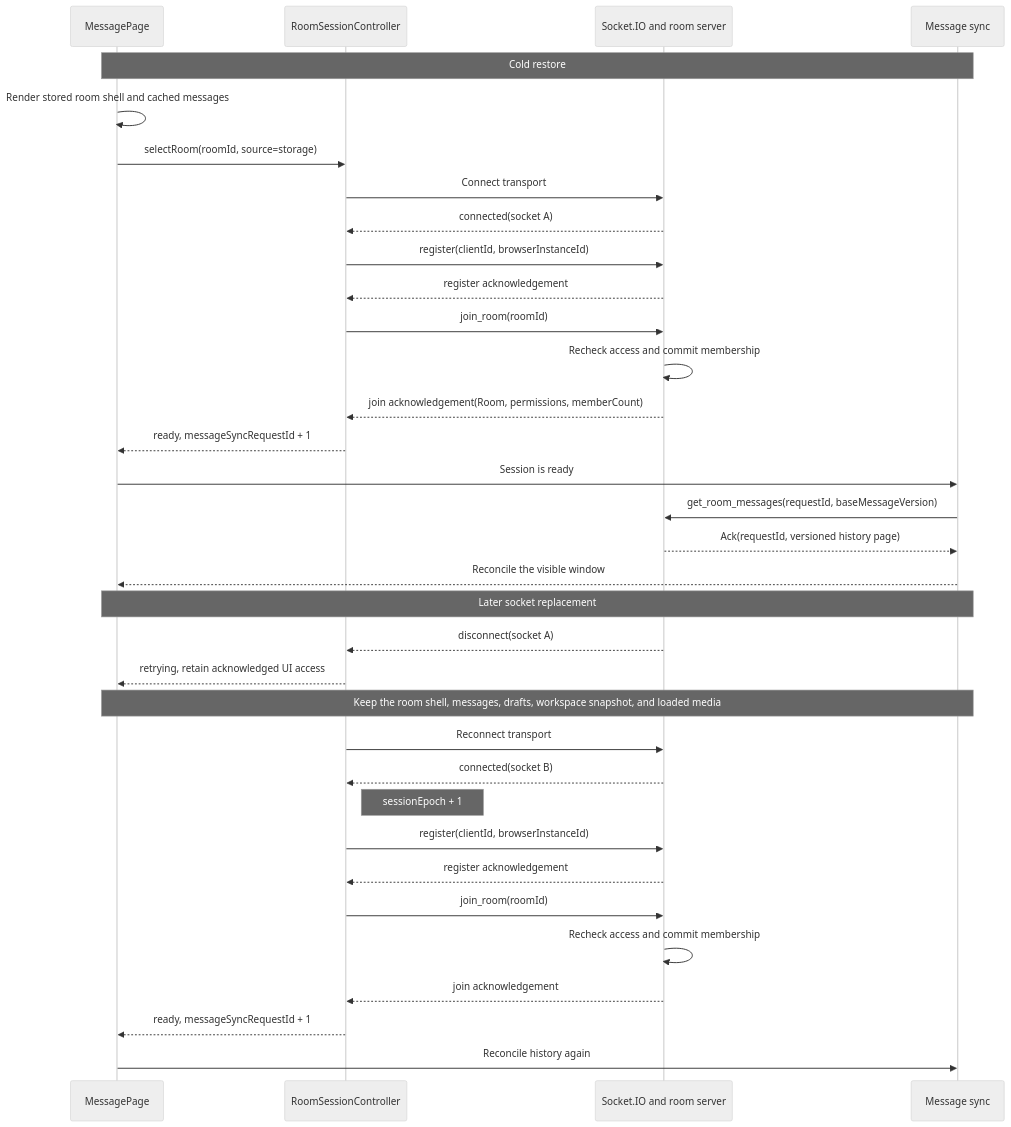
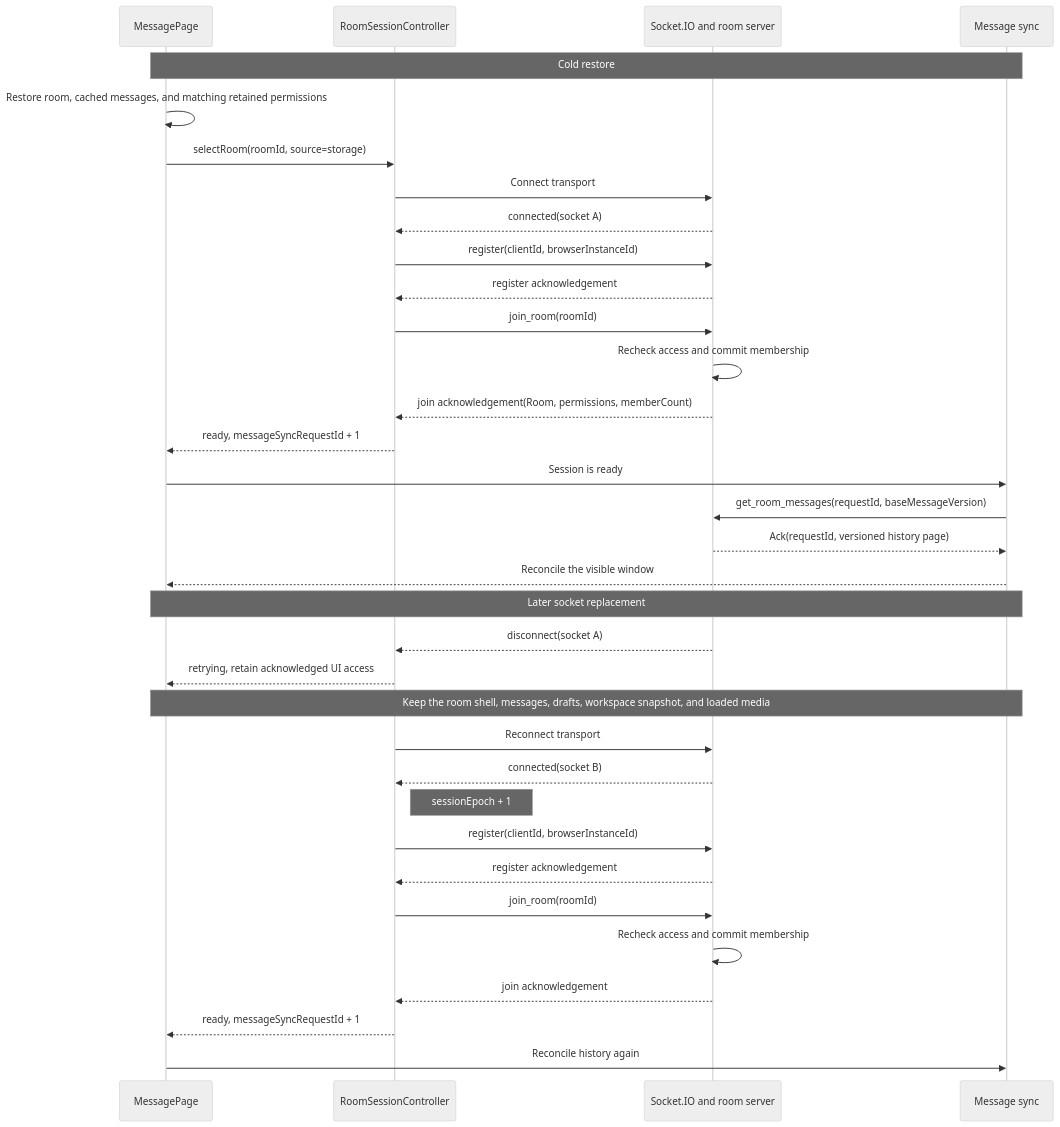
Before and after one commit to Skymore/roomtalk: the diagram in docs/room-reliability-architecture.md, drawn with Mermaid (neutral theme). The commit also changed other lines of this file and 6 other files, not shown here.

Commit message:
fix: restore room access after browser restart

````diff
--- a/docs/room-reliability-architecture.md
+++ b/docs/room-reliability-architecture.md
@@ -100,38 +103,38 @@
 ```mermaid
 sequenceDiagram
     participant Page as MessagePage
     participant Session as RoomSessionController
     participant Server as Socket.IO and room server
     participant Messages as Message sync
 
     Note over Page,Messages: Cold restore
-    Page->>Page: Render stored room shell and cached messages
+    Page->>Page: Restore room, cached messages, and matching retained permissions
     Page->>Session: selectRoom(roomId, source=storage)
     Session->>Server: Connect transport
     Server-->>Session: connected(socket A)
     Session->>Server: register(clientId, browserInstanceId)
     Server-->>Session: register acknowledgement
     Session->>Server: join_room(roomId)
     Server->>Server: Recheck access and commit membership
     Server-->>Session: join acknowledgement(Room, permissions, memberCount)
     Session-->>Page: ready, messageSyncRequestId + 1
     Page->>Messages: Session is ready
     Messages->>Server: get_room_messages(requestId, baseMessageVersion)
     Server-->>Messages: Ack(requestId, versioned history page)
     Messages-->>Page: Reconcile the visible window
 
     Note over Page,Messages: Later socket replacement
     Server-->>Session: disconnect(socket A)
     Session-->>Page: retrying, retain acknowledged UI access
     Note over Page,Messages: Keep the room shell, messages, drafts, workspace snapshot, and loaded media
     Session->>Server: Reconnect transport
     Server-->>Session: connected(socket B)
     Note right of Session: sessionEpoch + 1
     Session->>Server: register(clientId, browserInstanceId)
     Server-->>Session: register acknowledgement
     Session->>Server: join_room(roomId)
     Server->>Server: Recheck access and commit membership
     Server-->>Session: join acknowledgement
     Session-->>Page: ready, messageSyncRequestId + 1
     Page->>Messages: Reconcile history again
 ```
````
